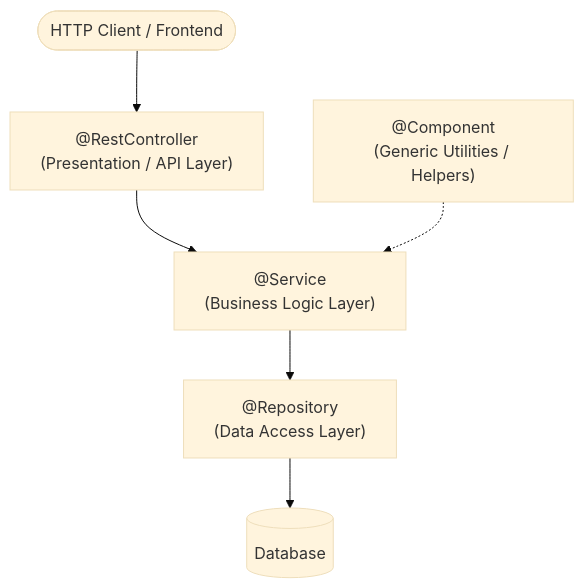
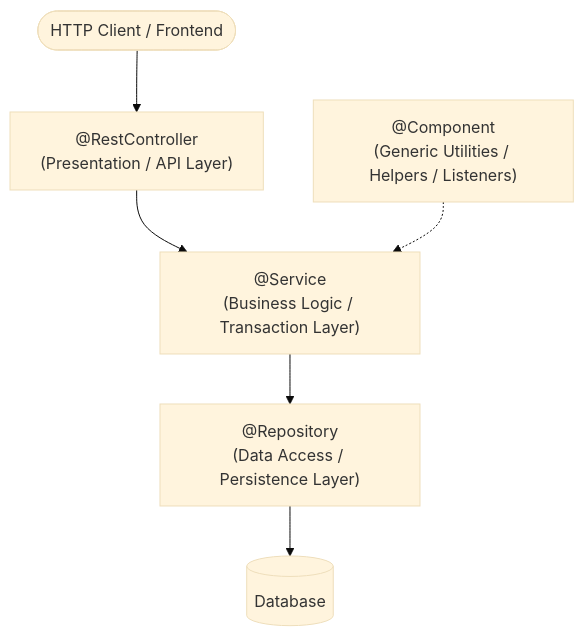
Before and after one commit to rohithgowda18/Notes: the third of 23 diagrams in 06-Java-and-Spring-Boot/Spring Boot Interview Guide.md, drawn with Mermaid (base theme). The commit also changed other lines of this file, not shown here.

````diff
--- a/06-Java-and-Spring-Boot/Spring Boot Interview Guide.md
+++ b/06-Java-and-Spring-Boot/Spring Boot Interview Guide.md
@@ -174,9 +162,9 @@
 ```mermaid
 flowchart TD
-    Client(["HTTP Client / Frontend"]) --> Controller["@RestController<br/>(Presentation / API Layer)"]
-    Controller --> Service["@Service<br/>(Business Logic Layer)"]
-    Service --> Repo["@Repository<br/>(Data Access Layer)"]
+    Client(["HTTP Client / Frontend"]) --> Controller["@RestController\n(Presentation / API Layer)"]
+    Controller --> Service["@Service\n(Business Logic / Transaction Layer)"]
+    Service --> Repo["@Repository\n(Data Access / Persistence Layer)"]
     Repo --> DB[("Database")]
 
-    Component["@Component<br/>(Generic Utilities / Helpers)"] -.-> Service
+    Component["@Component\n(Generic Utilities / Helpers / Listeners)"] -.-> Service
 ```
````
